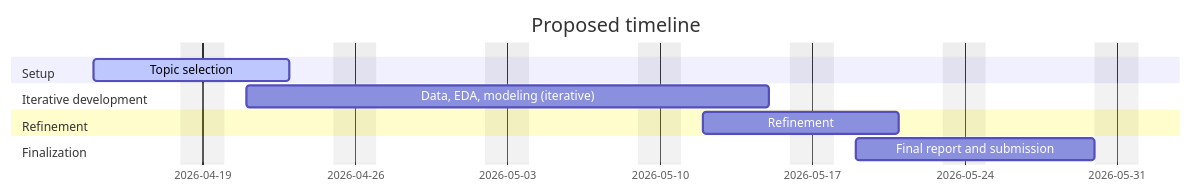
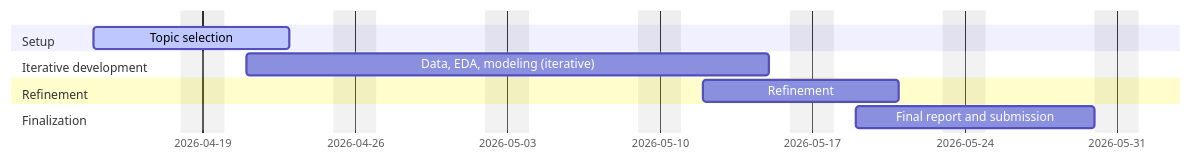
The diagram in group_work.qmd (fs-ise/analytics-and-big-data), drawn with Mermaid before and after one commit. The commit also changed other lines of this file, not shown here.

````diff
--- a/group_work.qmd
+++ b/group_work.qmd
@@ -154,18 +153,17 @@
 ```{mermaid}
 gantt
-    title Proposed timeline
     dateFormat  YYYY-MM-DD
     excludes    weekends
 
     section Setup
     Topic selection                  :active, 2026-04-14, 7d
 
     section Iterative development
     Data, EDA, modeling (iterative)  : 2026-04-21, 18d
 
     section Refinement
     Refinement                       :2026-05-12, 7d
 
     section Finalization
     Final report and submission        :2026-05-19, 9d
 ```
````
